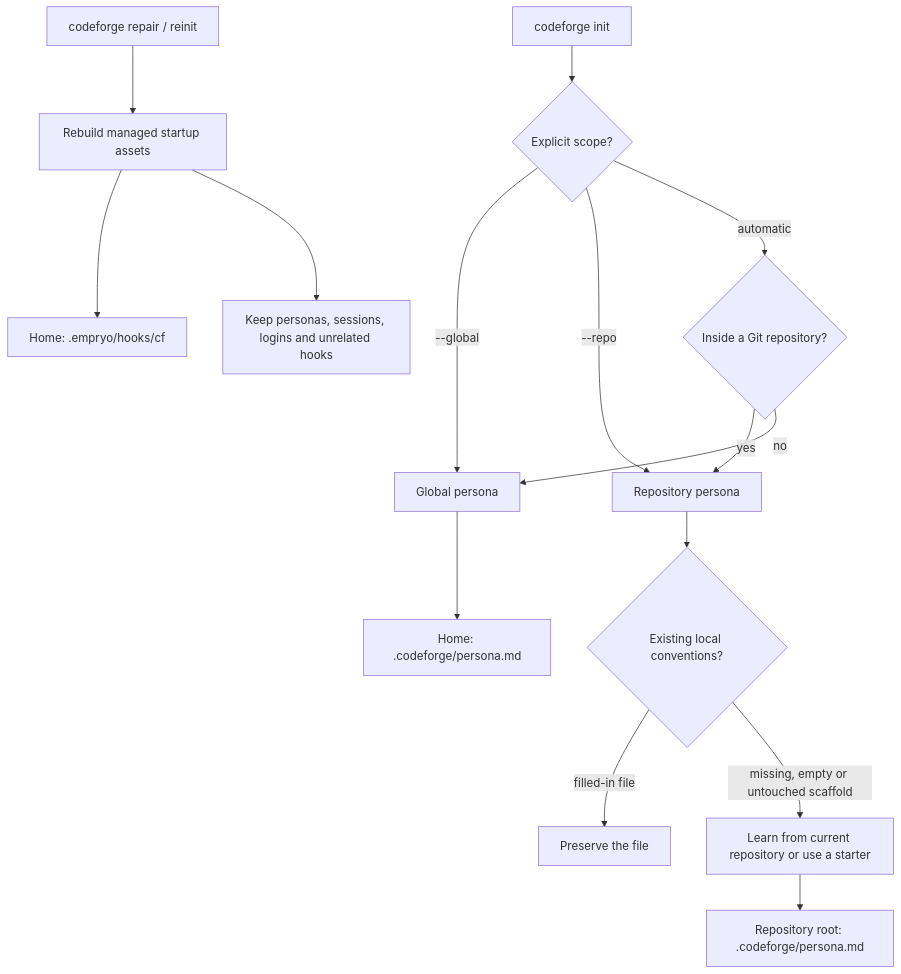
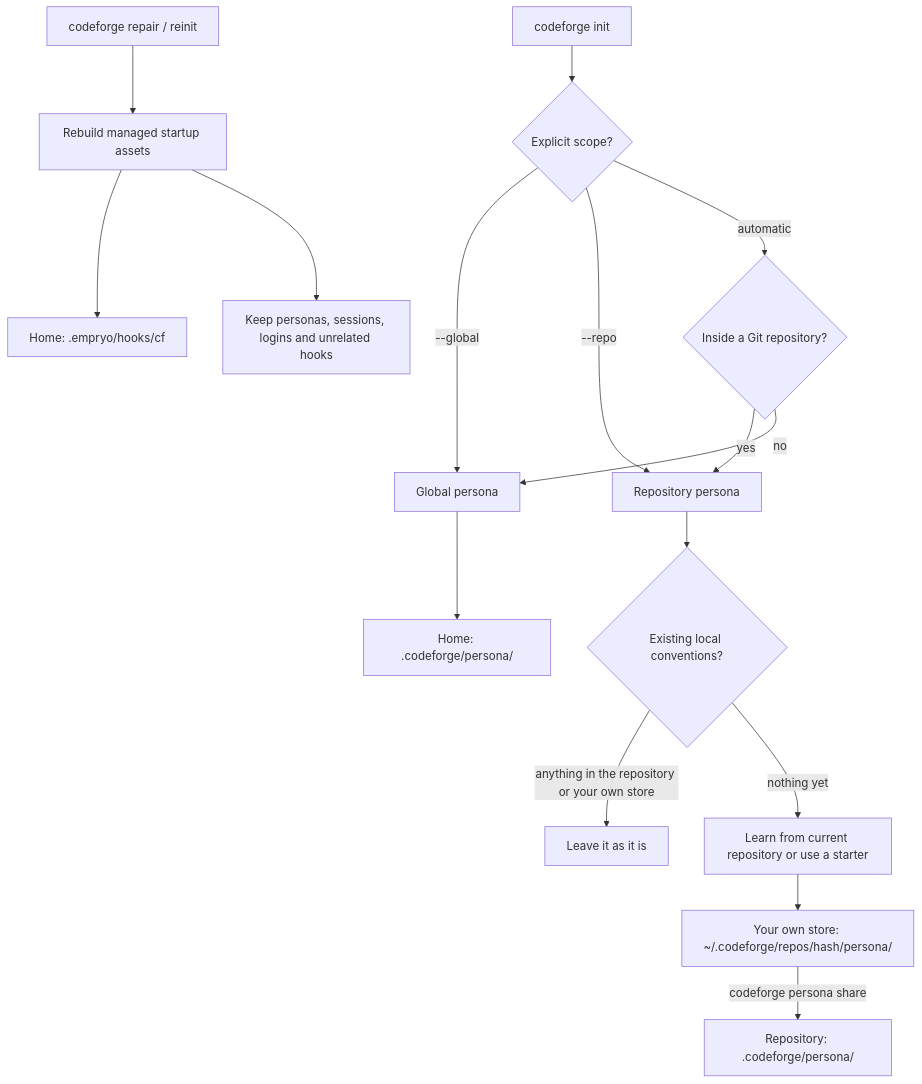
Before and after one commit to codeliter/codeforge: the third of 4 diagrams in TECHNICAL.md, drawn with Mermaid. The commit also changed other lines of this file and 15 other files, not shown here.

First line of the commit message:
Keep repository personas one file a section, loaded as skills when needed

````diff
--- a/TECHNICAL.md
+++ b/TECHNICAL.md
@@ -87,17 +87,18 @@
 ```mermaid
 flowchart TD
     Init[codeforge init] --> Explicit{Explicit scope?}
     Explicit -->|--global| Global[Global persona]
     Explicit -->|--repo| Local[Repository persona]
     Explicit -->|automatic| Git{Inside a Git repository?}
     Git -->|yes| Local
     Git -->|no| Global
     Local --> Existing{Existing local conventions?}
-    Existing -->|filled-in file| Keep[Preserve the file]
-    Existing -->|missing, empty or untouched scaffold| Source[Learn from current repository or use a starter]
-    Source --> LocalFile[Repository root: .codeforge/persona.md]
-    Global --> GlobalFile[Home: .codeforge/persona.md]
+    Existing -->|anything in the repository or your own store| Keep[Leave it as it is]
+    Existing -->|nothing yet| Source[Learn from current repository or use a starter]
+    Source --> LocalFile[Your own store: ~/.codeforge/repos/hash/persona/]
+    LocalFile -->|codeforge persona share| Shared[Repository: .codeforge/persona/]
+    Global --> GlobalFile[Home: .codeforge/persona/]
     Repair[codeforge repair / reinit] --> Managed[Rebuild managed startup assets]
     Managed --> CF[Home: .empryo/hooks/cf]
     Managed --> Preserve[Keep personas, sessions, logins and unrelated hooks]
 ```
````
